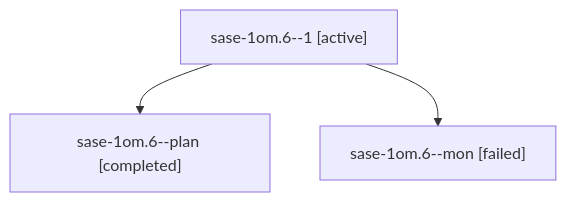
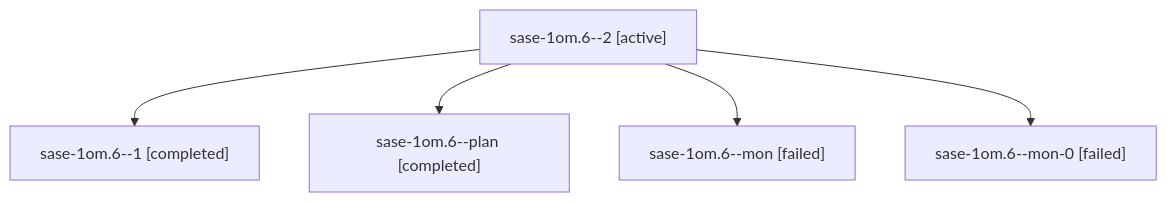
One commit to sase-org/sase--agents changed the diagram in sessions/bbugyi200.athena.sase-1om.6.md. Above: the diagram before and after it, drawn with Mermaid. The commit also changed other lines of this file and 86 other files, not shown here.

````diff
--- a/sessions/bbugyi200.athena.sase-1om.6.md
+++ b/sessions/bbugyi200.athena.sase-1om.6.md
@@ -9,8 +9,12 @@
 ```mermaid
 flowchart TD
-  n0["sase-1om.6--1 [active]"]
-  n1["sase-1om.6--plan [completed]"]
+  n0["sase-1om.6--2 [active]"]
+  n1["sase-1om.6--1 [completed]"]
   n0 --> n1
-  n2["sase-1om.6--mon [failed]"]
+  n2["sase-1om.6--plan [completed]"]
   n0 --> n2
+  n3["sase-1om.6--mon [failed]"]
+  n0 --> n3
+  n4["sase-1om.6--mon-0 [failed]"]
+  n0 --> n4
 ```
````
